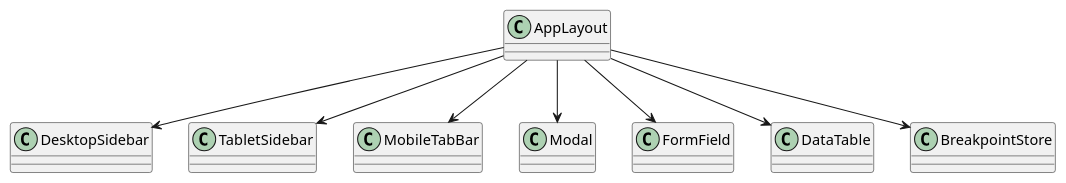
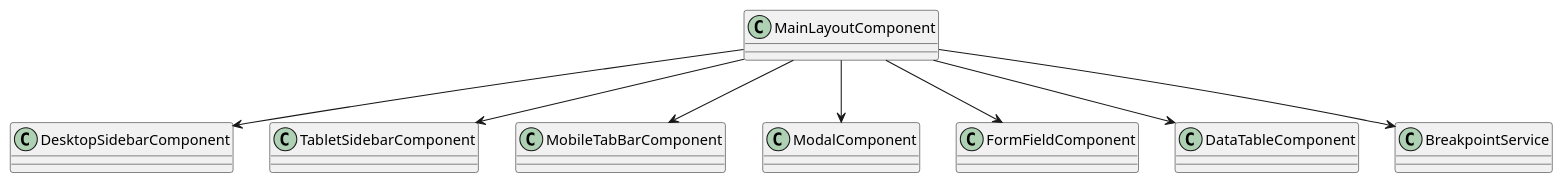
Before and after one commit to QuinntyneBrown/LendQ: the diagram in docs/detailed-designs/diagrams/plantuml/fe_class_layout.puml, drawn with PlantUML. The commit also changed 310 other files, not shown here.

```diff
--- a/docs/detailed-designs/diagrams/plantuml/fe_class_layout.puml
+++ b/docs/detailed-designs/diagrams/plantuml/fe_class_layout.puml
@@ -1,19 +1,19 @@
 @startuml
 skinparam classAttributeIconSize 0
-class AppLayout
-class DesktopSidebar
-class TabletSidebar
-class MobileTabBar
-class Modal
-class FormField
-class DataTable
-class BreakpointStore
+class MainLayoutComponent
+class DesktopSidebarComponent
+class TabletSidebarComponent
+class MobileTabBarComponent
+class ModalComponent
+class FormFieldComponent
+class DataTableComponent
+class BreakpointService
 
-AppLayout --> BreakpointStore
-AppLayout --> DesktopSidebar
-AppLayout --> TabletSidebar
-AppLayout --> MobileTabBar
-AppLayout --> Modal
-AppLayout --> DataTable
-AppLayout --> FormField
+MainLayoutComponent --> BreakpointService
+MainLayoutComponent --> DesktopSidebarComponent
+MainLayoutComponent --> TabletSidebarComponent
+MainLayoutComponent --> MobileTabBarComponent
+MainLayoutComponent --> ModalComponent
+MainLayoutComponent --> DataTableComponent
+MainLayoutComponent --> FormFieldComponent
 @enduml
```
